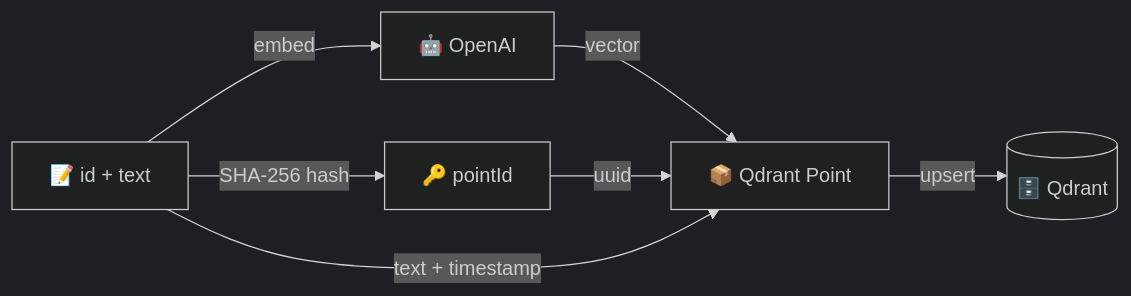
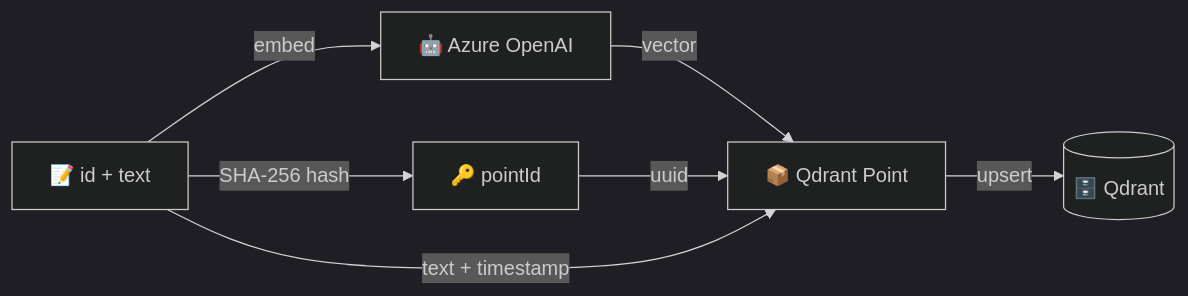
One commit to PeterMilovcik/Qdrant.Demo changed the second of 2 diagrams in module-01/README.md. Above: the diagram before and after it, drawn with Mermaid (dark theme). The commit also changed other lines of this file and 25 other files, not shown here.

First line of the commit message:
feat: Update workshop to use Azure OpenAI instead of OpenAI

````diff
--- a/module-01/README.md
+++ b/module-01/README.md
@@ -54,9 +54,9 @@
 ```mermaid
 flowchart LR
     A["📝 id + text"] -->|SHA-256 hash| B["🔑 pointId"]
-    A -->|embed| C["🤖 OpenAI"]
+    A -->|embed| C["🤖 Azure OpenAI"]
     C -->|vector| D["📦 Qdrant Point"]
     B -->|uuid| D
     A -->|text + timestamp| D
     D -->|upsert| E[("🗄️ Qdrant")]
 ```
````
